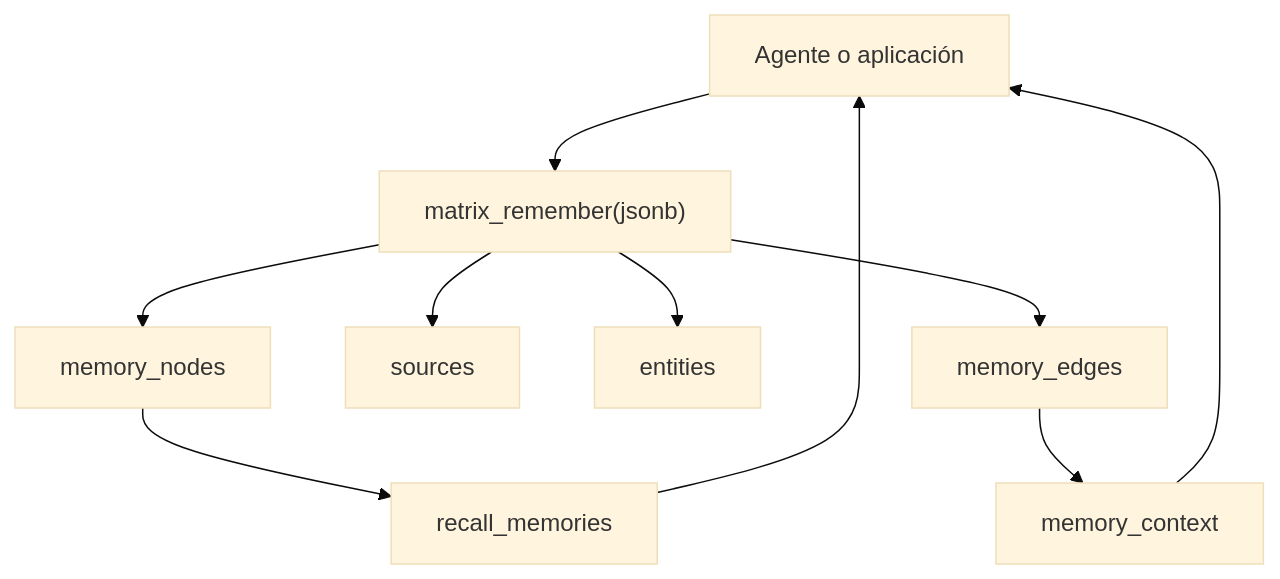
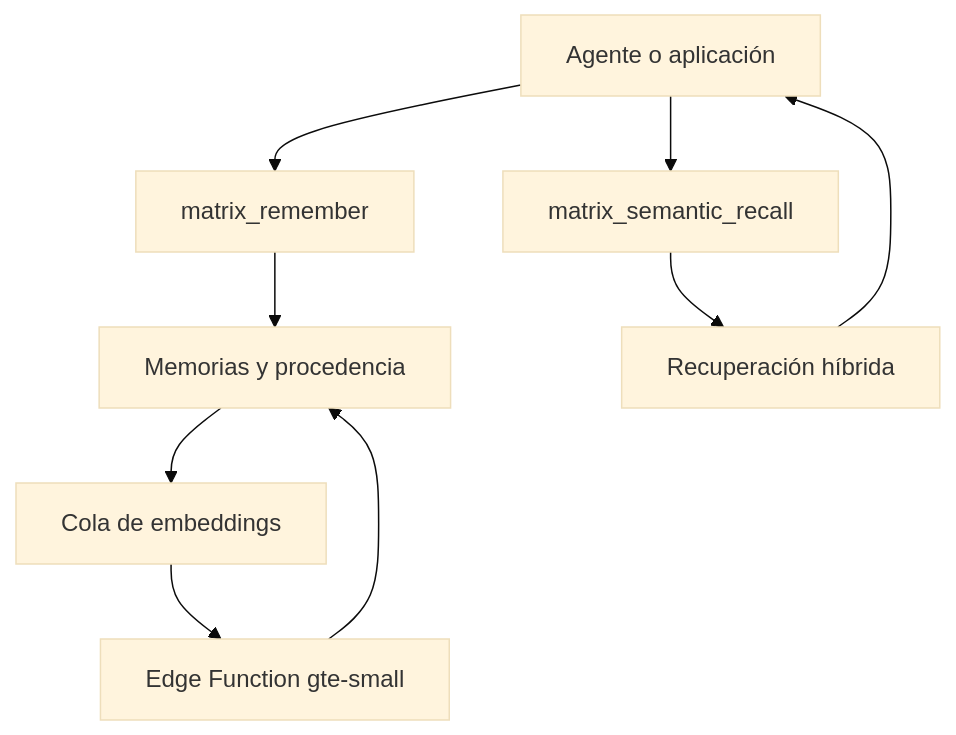
The diagram in README.md (davilicius/matrix-memory), drawn with Mermaid (base theme) before and after one commit. The commit also changed other lines of this file and 21 other files, not shown here.

````diff
--- a/README.md
+++ b/README.md
@@ -23,12 +27,11 @@
 ```mermaid
 flowchart TD
-    A["Agente o aplicación"] --> W["matrix_remember(jsonb)"]
-    W --> N["memory_nodes"]
-    W --> S["sources"]
-    W --> E["entities"]
-    W --> G["memory_edges"]
-    N --> R["recall_memories"]
-    G --> C["memory_context"]
+    A["Agente o aplicación"] --> W["matrix_remember"]
+    W --> M["Memorias y procedencia"]
+    M --> Q["Cola de embeddings"]
+    Q --> E["Edge Function gte-small"]
+    E --> M
+    A --> S["matrix_semantic_recall"]
+    S --> R["Recuperación híbrida"]
     R --> A
-    C --> A
 ```
````
